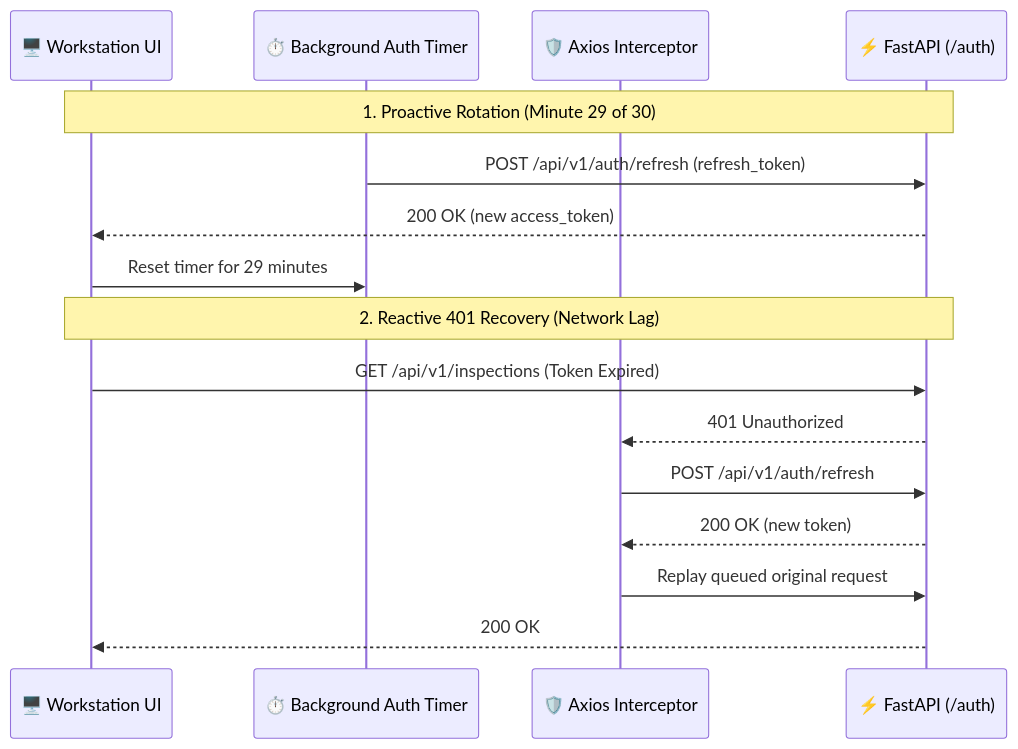
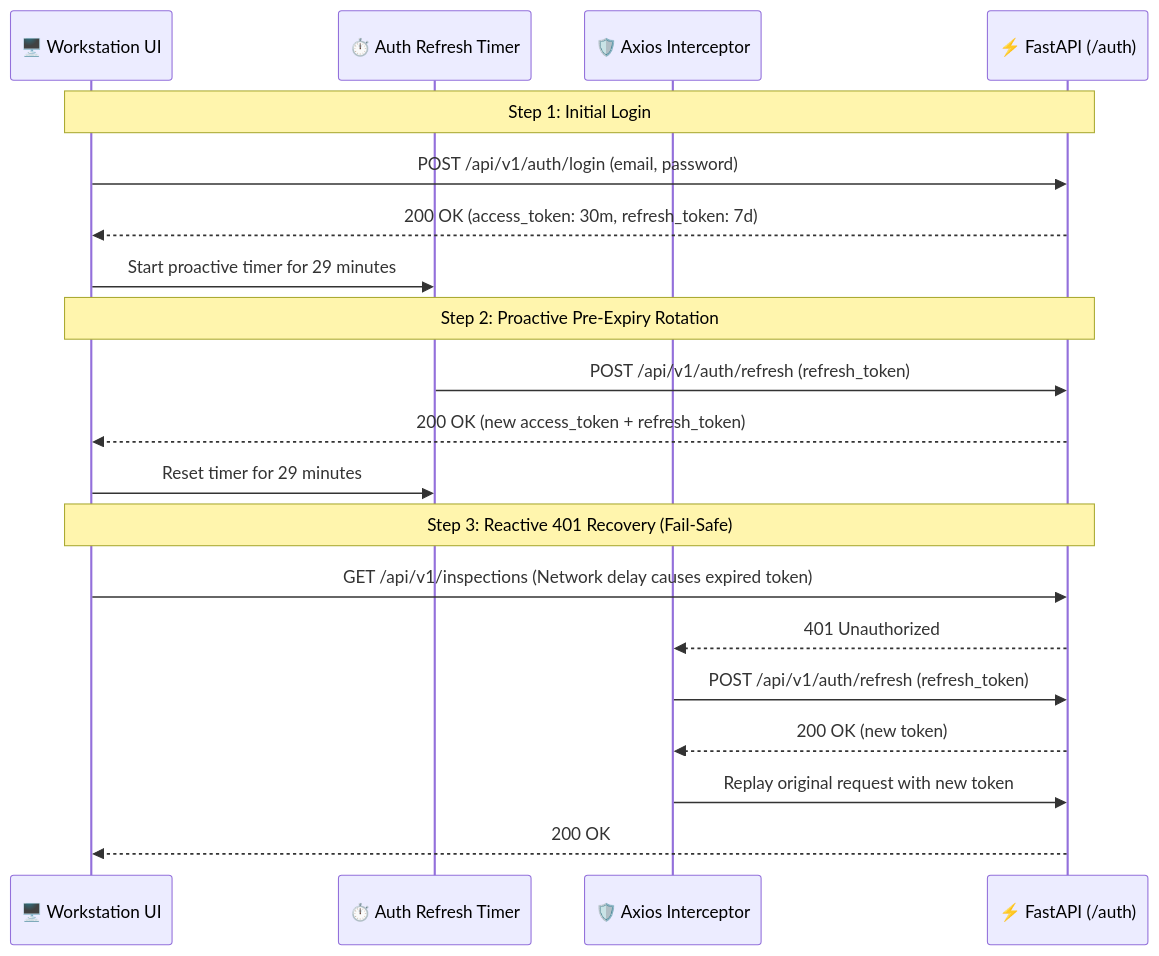
Before and after one commit to Disha-1610/VisionForge: the second of 2 diagrams in docs/SECURITY.md, drawn with Mermaid. The commit also changed other lines of this file and 12 other files, not shown here.

Commit message:
docs: upgrade full documentation suite with technical depth, story arcs, engineering decisions, and Mermaid diagrams

````diff
--- a/docs/SECURITY.md
+++ b/docs/SECURITY.md
@@ -93,20 +68,25 @@
 ```mermaid
 sequenceDiagram
     participant UI as 🖥️ Workstation UI
-    participant Timer as ⏱️ Background Auth Timer
+    participant Timer as ⏱️ Auth Refresh Timer
     participant Interceptor as 🛡️ Axios Interceptor
     participant Backend as ⚡ FastAPI (/auth)
 
-    Note over UI,Backend: 1. Proactive Rotation (Minute 29 of 30)
+    Note over UI,Backend: Step 1: Initial Login
+    UI->>Backend: POST /api/v1/auth/login (email, password)
+    Backend-->>UI: 200 OK (access_token: 30m, refresh_token: 7d)
+    UI->>Timer: Start proactive timer for 29 minutes
+
+    Note over UI,Backend: Step 2: Proactive Pre-Expiry Rotation
     Timer->>Backend: POST /api/v1/auth/refresh (refresh_token)
-    Backend-->>UI: 200 OK (new access_token)
+    Backend-->>UI: 200 OK (new access_token + refresh_token)
     UI->>Timer: Reset timer for 29 minutes
 
-    Note over UI,Backend: 2. Reactive 401 Recovery (Network Lag)
-    UI->>Backend: GET /api/v1/inspections (Token Expired)
+    Note over UI,Backend: Step 3: Reactive 401 Recovery (Fail-Safe)
+    UI->>Backend: GET /api/v1/inspections (Network delay causes expired token)
     Backend-->>Interceptor: 401 Unauthorized
-    Interceptor->>Backend: POST /api/v1/auth/refresh
+    Interceptor->>Backend: POST /api/v1/auth/refresh (refresh_token)
     Backend-->>Interceptor: 200 OK (new token)
-    Interceptor->>Backend: Replay queued original request
+    Interceptor->>Backend: Replay original request with new token
     Backend-->>UI: 200 OK
 ```
````
